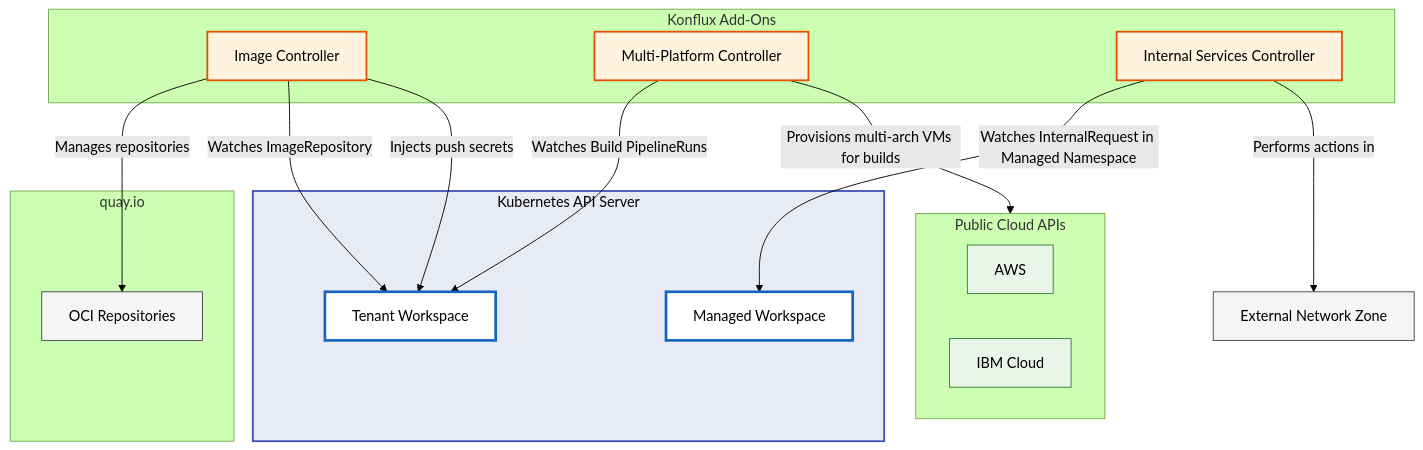
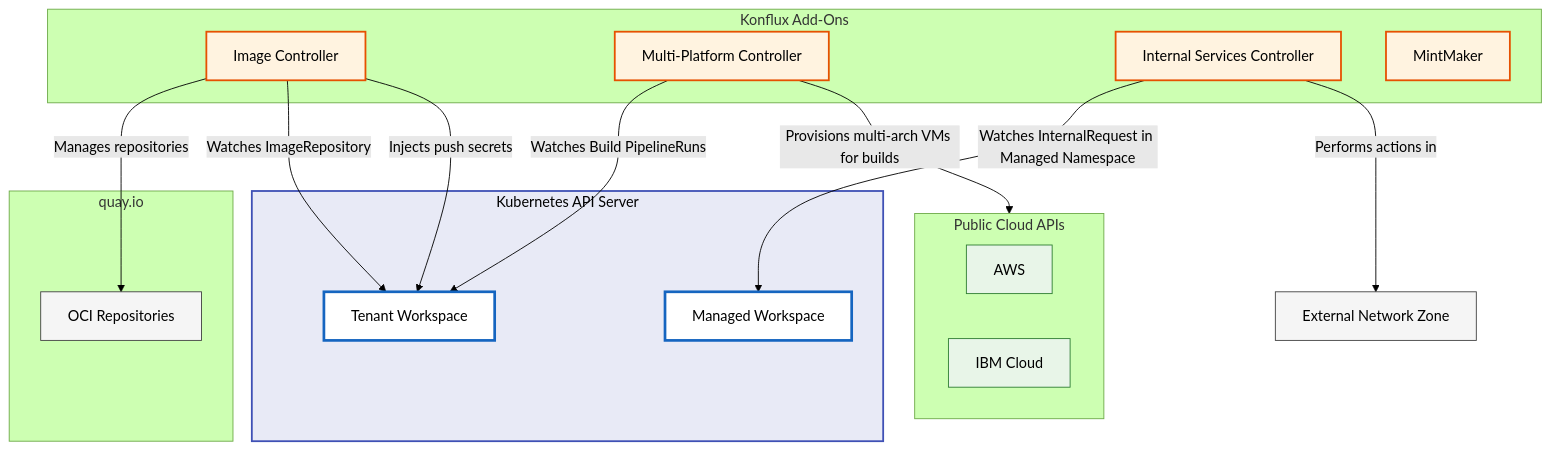
One commit to konflux-ci/architecture changed the second of 2 diagrams in architecture/add-ons/index.md. Above: the diagram before and after it, drawn with Mermaid (forest theme). The commit also changed other lines of this file and 2 other files, not shown here.

First line of the commit message:
Add MintMaker add-on architecture documentation (#257)

````diff
--- a/architecture/add-ons/index.md
+++ b/architecture/add-ons/index.md
@@ -107,41 +108,43 @@
 ```mermaid
 graph TD
     subgraph Konflux Add-Ons
         IC[Image Controller]
         MPC[Multi-Platform Controller]
         ISC[Internal Services Controller]
+        MM[MintMaker]
     end
 
     subgraph quayio[quay.io]
         OCI[OCI Repositories]
     end
 
     subgraph cloudapis[Public Cloud APIs]
         AWS[AWS]
         IBM[IBM Cloud]
     end
 
     subgraph kubeapi[Kubernetes API Server]
         TW[Tenant Workspace]
         MW[Managed Workspace]
     end
 
     IC -- Manages repositories --> OCI
     IC -- Watches ImageRepository --> TW
     IC -- Injects push secrets --> TW
     MPC -- Provisions multi-arch VMs for builds --> cloudapis
     MPC -- Watches Build PipelineRuns --> TW
     ISC -- Watches InternalRequest in Managed Namespace --> MW
     ISC -- Performs actions in --> EXT[External Network Zone]
 
     style IC fill:#fff3e0,stroke:#e65100,stroke-width:2px,color:#000000;
     style MPC fill:#fff3e0,stroke:#e65100,stroke-width:2px,color:#000000;
     style ISC fill:#fff3e0,stroke:#e65100,stroke-width:2px,color:#000000;
+    style MM fill:#fff3e0,stroke:#e65100,stroke-width:2px,color:#000000;
     style kubeapi fill:#e8eaf6,stroke:#3f51b5,stroke-width:2px,color:#000000;
     style TW fill:#ffffff,stroke:#1565c0,stroke-width:3px,color:#000000;
     style MW fill:#ffffff,stroke:#1565c0,stroke-width:3px,color:#000000;
     style AWS fill:#e8f5e8,stroke:#2e7d32,stroke-width:1px,color:#000000;
     style IBM fill:#e8f5e8,stroke:#2e7d32,stroke-width:1px,color:#000000;
     style EXT fill:#f5f5f5,stroke:#424242,stroke-width:1px,color:#000000;
     style OCI fill:#f5f5f5,stroke:#424242,stroke-width:1px,color:#000000;
 ```
````
